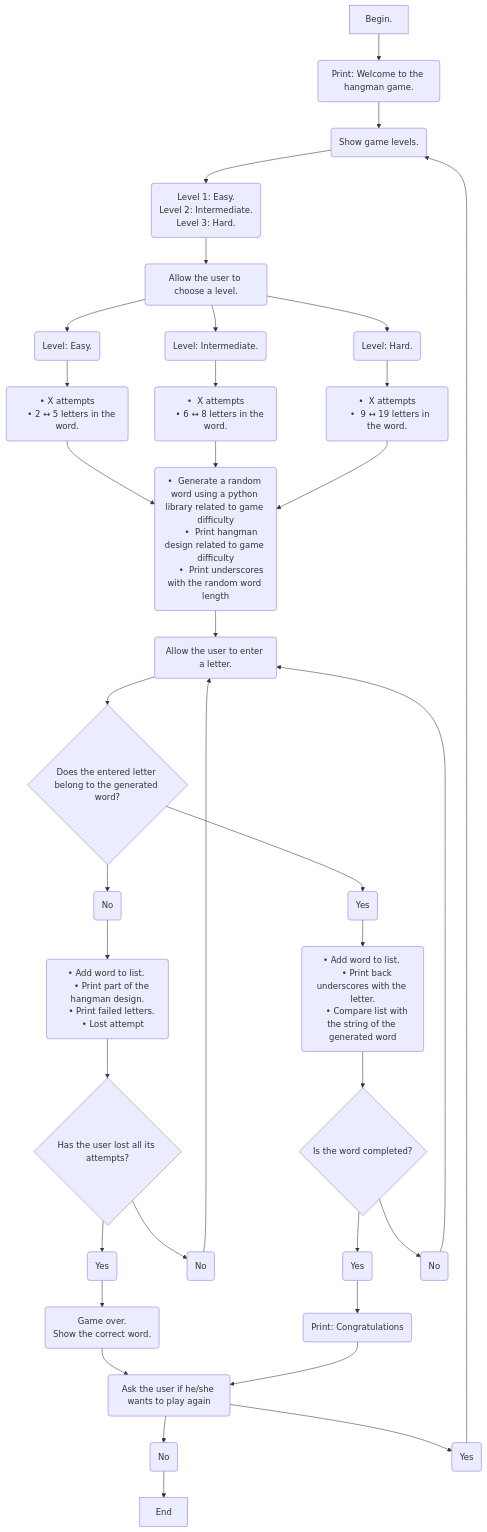
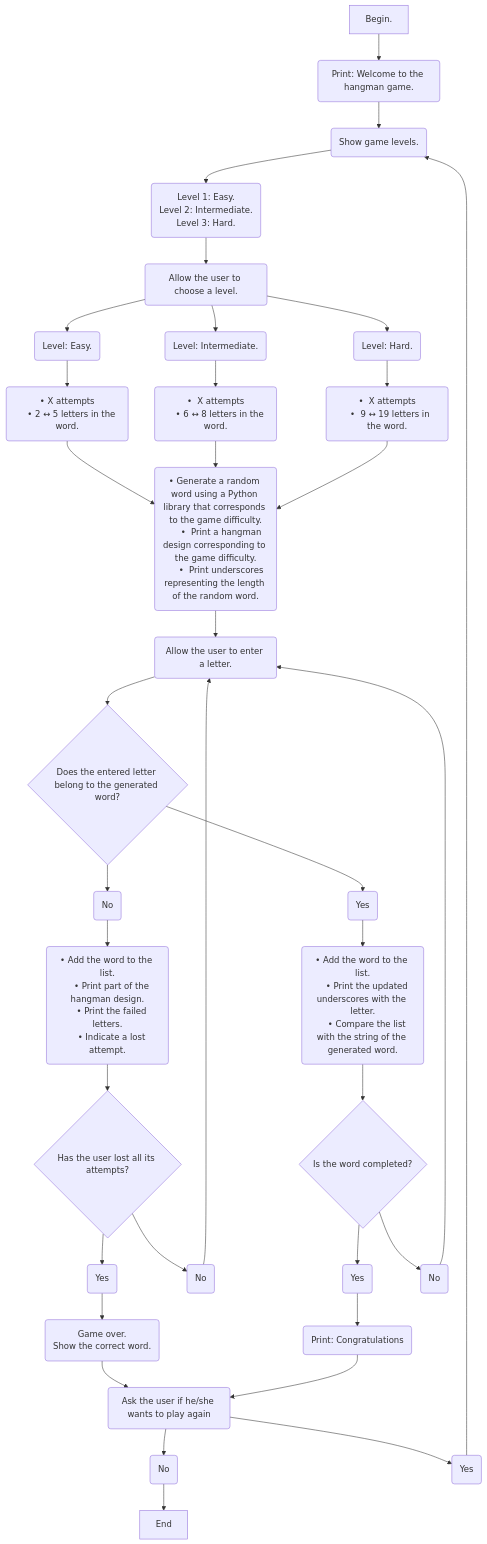
The diagram in README.md (JanaRubiano/Hangman_Game), drawn with Mermaid before and after one commit. The commit also changed other lines of this file, not shown here.

````diff
--- a/README.md
+++ b/README.md
@@ -33,43 +33,43 @@
 ```mermaid
 flowchart TD
     A[Begin.] -->B(Print: Welcome to the hangman game.) -->C(Show game levels.)
     --> D("Level 1: Easy.
     Level 2: Intermediate.
     Level 3: Hard.")
     --> E(Allow the user to choose a level.)
     E --> F(Level: Easy.) --> I(" • X attempts
     • 2 ↔ 5 letters in the word.
     ") -->L
     E --> G(Level: Intermediate.) --> J(" •  X attempts
     • 6 ↔ 8 letters in the word.
     ") -->L
     E --> H(Level: Hard.) --> K(" •  X attempts
    •  9 ↔ 19 letters in the word.
     ") 
-    --> L(" •  Generate a random word using a python library related to game difficulty
-     •  Print hangman design related to game difficulty
-     •  Print underscores with the random word length
+    --> L(" • Generate a random word using a Python library that corresponds to the game difficulty.
+     •  Print a hangman design corresponding to the game difficulty.
+     •  Print underscores representing the length of the random word.
     ") 
     --> W(Allow the user to enter a letter.)
     --> R{Does the entered letter belong to the generated word?}
-    R -->n(No) --> q("• Add word to list. 
+    R -->n(No) --> q("• Add the word to the list.
     • Print part of the hangman design.
-    • Print failed letters. 
-    • Lost attempt
+    • Print the failed letters.
+    • Indicate a lost attempt.
     ") -->u{Has the user lost all its attempts?}
     u -->o(Yes) -->S("Game over. 
     Show the correct word. 
     ") --> P
     u--> t(No) --> W
     
-    R -->Y(Yes) --> T(" • Add word to list. 
-    • Print back underscores with the letter.
-    • Compare list with the string of the generated word
+    R -->Y(Yes) --> T(" • Add the word to the list.
+    • Print the updated underscores with the letter.
+    • Compare the list with the string of the generated word.
     ") -->U{Is the word completed?} 
     U -->O(Yes) --> k(Print: Congratulations)
     --> P(Ask the user if he/she wants to play again)
     P --> b(No) --> w[End]
     P--> a(Yes) -->C
     U --> i(No) -->W
    
 ```
````
